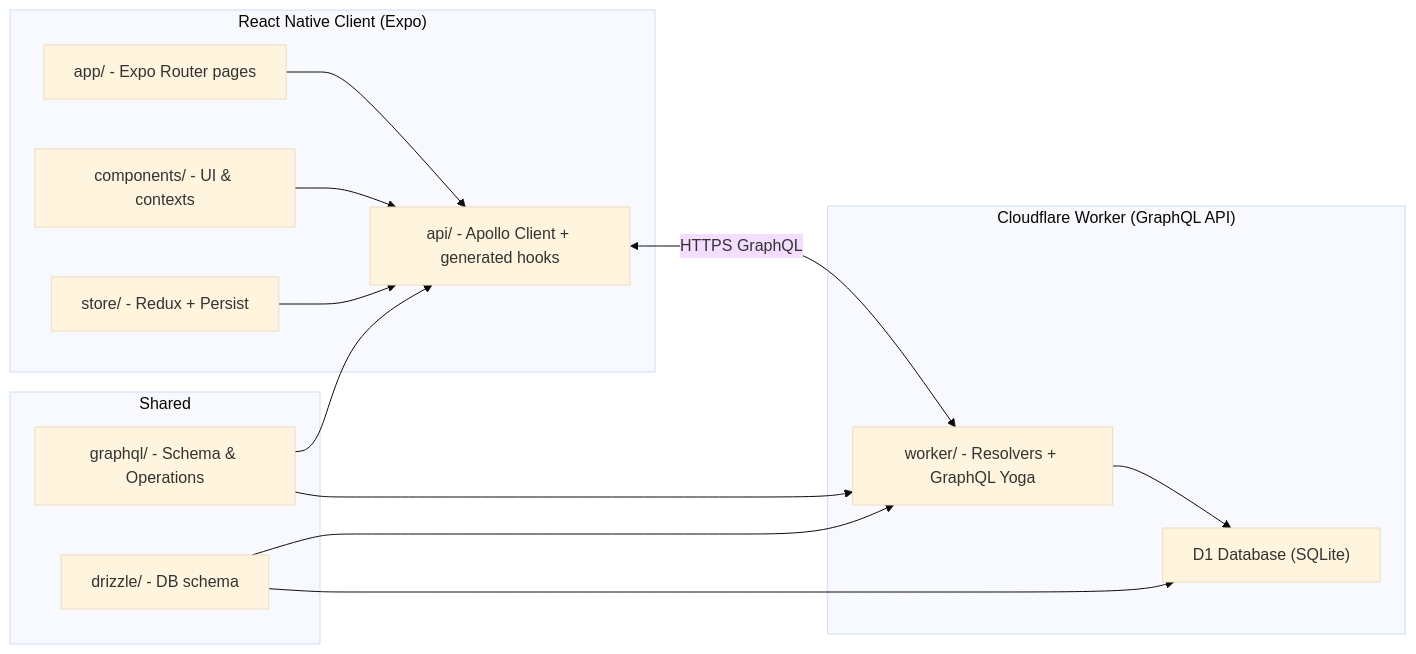
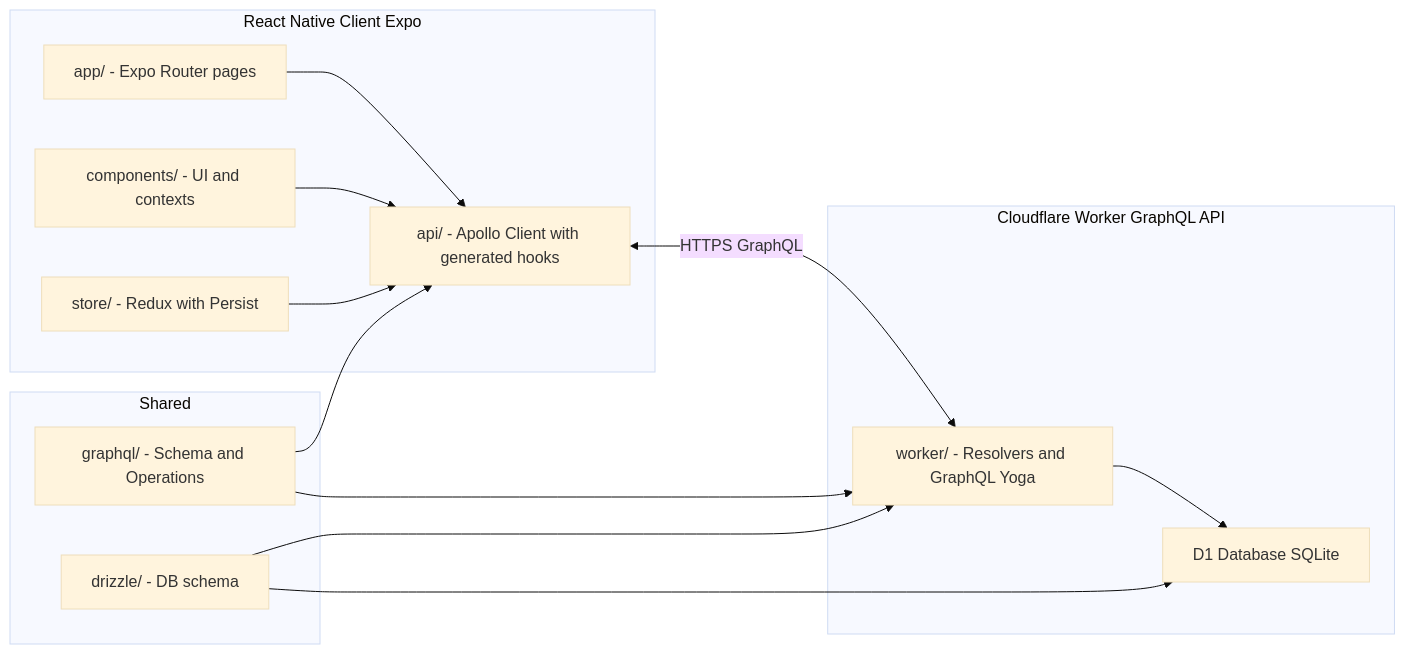
One commit to mehotkhan/safarnak.app changed the first of 4 diagrams in README.md. Above: the diagram before and after it, drawn with Mermaid (base theme). The commit also changed other lines of this file, not shown here.

First line of the commit message:
docs(readme): fix Mermaid syntax by removing parentheses and special chars

````diff
--- a/README.md
+++ b/README.md
@@ -52,29 +52,29 @@
 ```mermaid
 flowchart LR
-  subgraph Client["React Native Client (Expo)"]
+  subgraph Client["React Native Client Expo"]
     A["app/ - Expo Router pages"]
-    B["components/ - UI & contexts"]
-    C["store/ - Redux + Persist"]
-    D["api/ - Apollo Client + generated hooks"]
+    B["components/ - UI and contexts"]
+    C["store/ - Redux with Persist"]
+    D["api/ - Apollo Client with generated hooks"]
   end
 
   subgraph Shared["Shared"]
-    E["graphql/ - Schema & Operations"]
+    E["graphql/ - Schema and Operations"]
     F["drizzle/ - DB schema"]
   end
 
-  subgraph Worker["Cloudflare Worker (GraphQL API)"]
-    G["worker/ - Resolvers + GraphQL Yoga"]
-    H["D1 Database (SQLite)"]
+  subgraph Worker["Cloudflare Worker GraphQL API"]
+    G["worker/ - Resolvers and GraphQL Yoga"]
+    H["D1 Database SQLite"]
   end
 
   A --> D
   B --> D
   C --> D
   D <-->|HTTPS GraphQL| G
   G --> H
   E --> D
   E --> G
   F --> G
   F --> H
 ```
````
